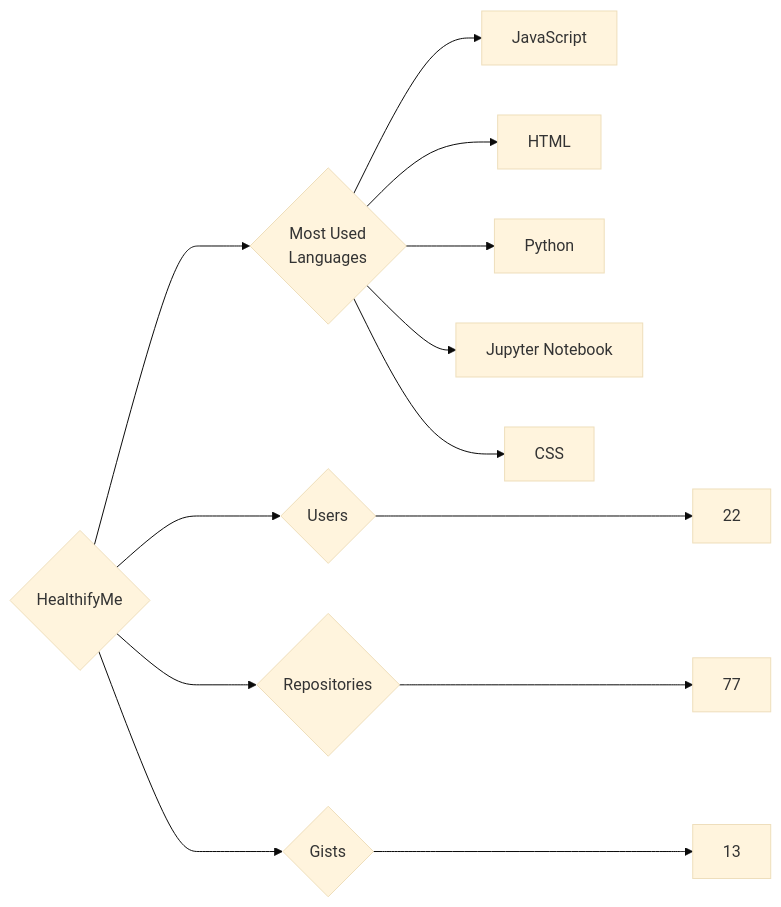
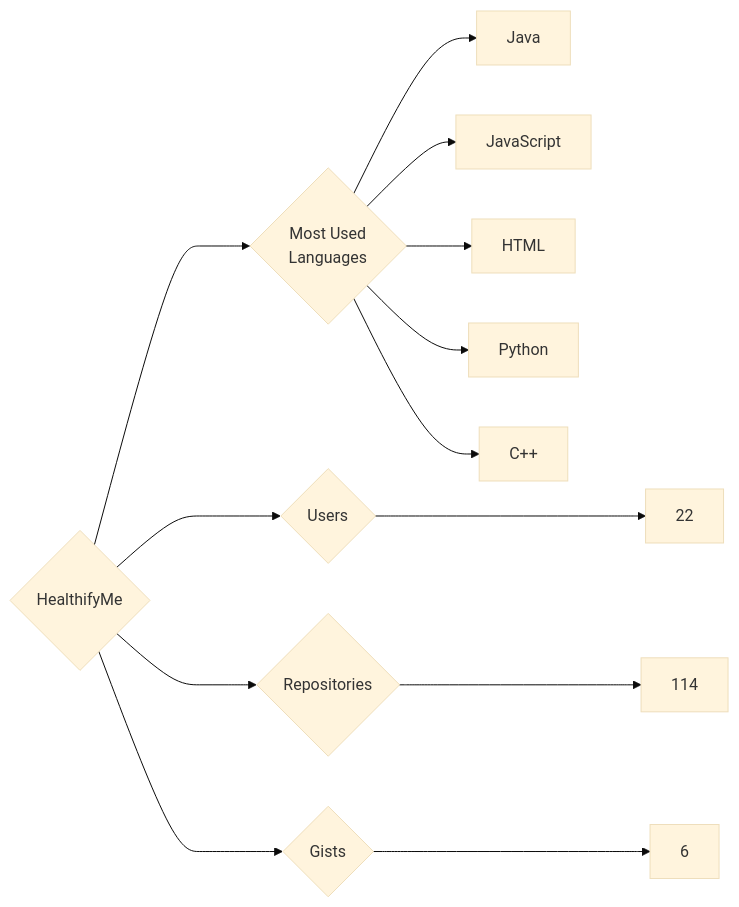
Before and after one commit to trickest/insiders: the diagram in targets/HealthifyMe/README.md, drawn with Mermaid (base theme). The commit also changed 775 other files, not shown here.

````diff
--- a/targets/HealthifyMe/README.md
+++ b/targets/HealthifyMe/README.md
@@ -3,13 +3,13 @@
 ```mermaid
 graph LR
 COMPANY_NAME{HealthifyMe}
 COMPANY_NAME ---> U{Users} ---> UN[22]
-COMPANY_NAME ---> R{Repositories} ---> RN[77]
-COMPANY_NAME ---> G{Gists} ---> GN[13]
+COMPANY_NAME ---> R{Repositories} ---> RN[114]
+COMPANY_NAME ---> G{Gists} ---> GN[6]
 COMPANY_NAME ---> ML{Most Used<br>Languages}
+ML --> Java[Java]
 ML --> JavaScript[JavaScript]
 ML --> HTML[HTML]
 ML --> Python[Python]
-ML --> Jupyter_Notebook[Jupyter Notebook]
-ML --> CSS[CSS]
+ML --> C++[C++]
 ```
````
